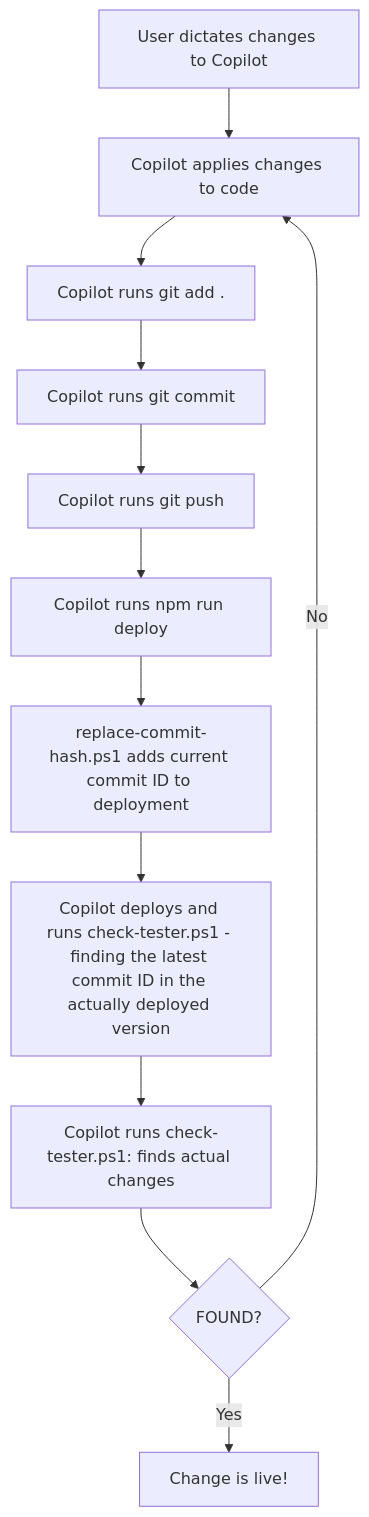
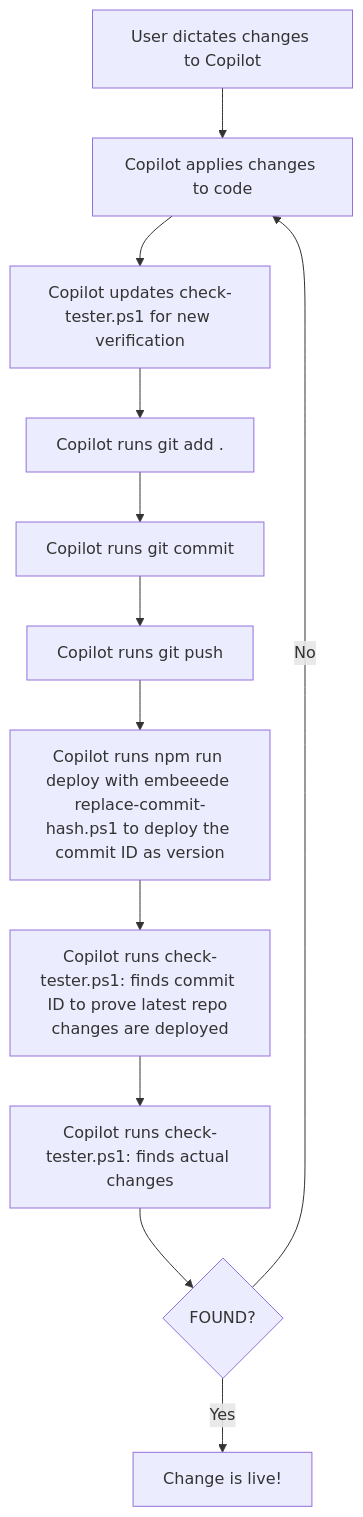
One commit to shapez0r/agentai_repo changed the second of 2 diagrams in README.md. Above: the diagram before and after it, drawn with Mermaid. The commit also changed other lines of this file, not shown here.

Commit message:
Clarify verification step in deployment flowchart: check-tester.ps1 proves latest repo changes are deployed

````diff
--- a/README.md
+++ b/README.md
@@ -69,14 +69,14 @@
 ```mermaid
 flowchart TD
     A[User dictates changes to Copilot] --> B[Copilot applies changes to code]
-    B --> C[Copilot runs git add .]
-    C --> D[Copilot runs git commit]
-    D --> E[Copilot runs git push]
-    E --> F[Copilot runs npm run deploy]
-    F --> G[replace-commit-hash.ps1 adds current commit ID to deployment]
-    G --> H[Copilot deploys and runs check-tester.ps1 - finding the latest commit ID in the actually deployed version]
+    B --> C[Copilot updates check-tester.ps1 for new verification]
+    C --> D[Copilot runs git add .]
+    D --> E[Copilot runs git commit]
+    E --> F[Copilot runs git push]
+    F --> G[Copilot runs npm run deploy with embeeede replace-commit-hash.ps1 to deploy the commit ID as version]
+    G --> H[Copilot runs check-tester.ps1: finds commit ID to prove latest repo changes are deployed]
     H --> I[Copilot runs check-tester.ps1: finds actual changes]
     I --> J{FOUND?}
     J -- Yes --> K[Change is live!]
     J -- No --> B
 ```
````
